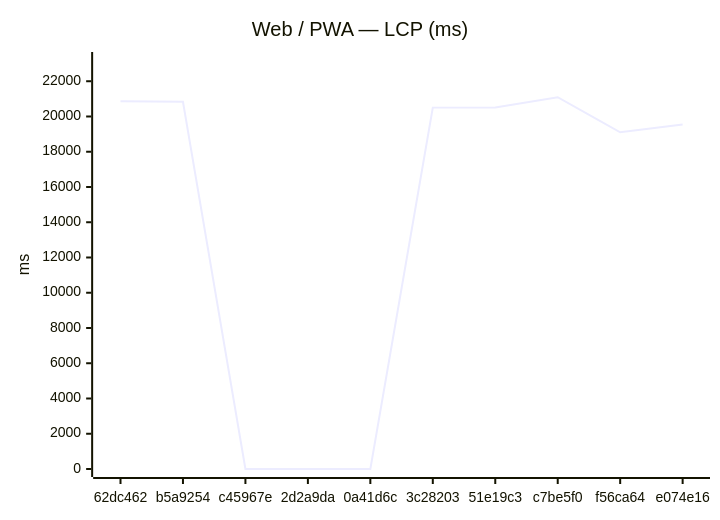
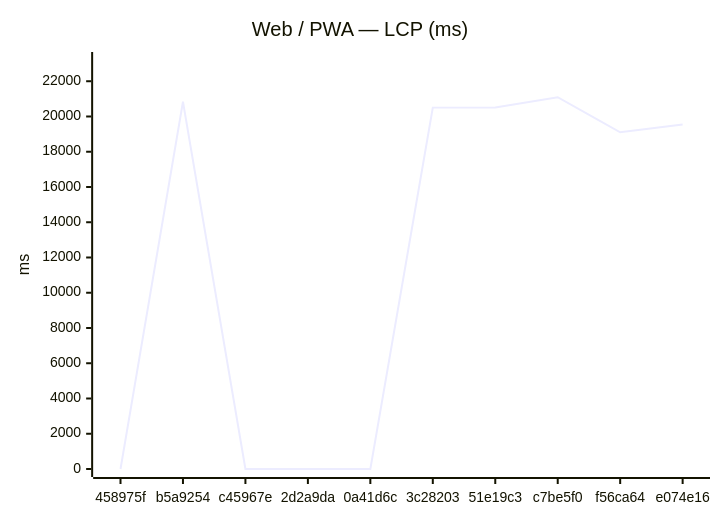
Before and after one commit to Metaheurist/Rianell: the first of 18 diagrams in benchmarks/compare.md, drawn with Mermaid. The commit also changed other lines of this file and 11 other files, not shown here.

````diff
--- a/benchmarks/compare.md
+++ b/benchmarks/compare.md
@@ -24,7 +24,7 @@
 ```mermaid
 xychart-beta
     title "Web / PWA — LCP (ms)"
-    x-axis ["62dc462", "b5a9254", "c45967e", "2d2a9da", "0a41d6c", "3c28203", "51e19c3", "c7be5f0", "f56ca64", "e074e16"]
+    x-axis ["458975f", "b5a9254", "c45967e", "2d2a9da", "0a41d6c", "3c28203", "51e19c3", "c7be5f0", "f56ca64", "e074e16"]
     y-axis "ms" 0 --> 23205
-    line [20871, 20837, 0, 0, 0, 20503, 20509, 21095, 19101, 19549]
+    line [0, 20837, 0, 0, 0, 20503, 20509, 21095, 19101, 19549]
 ```
````
